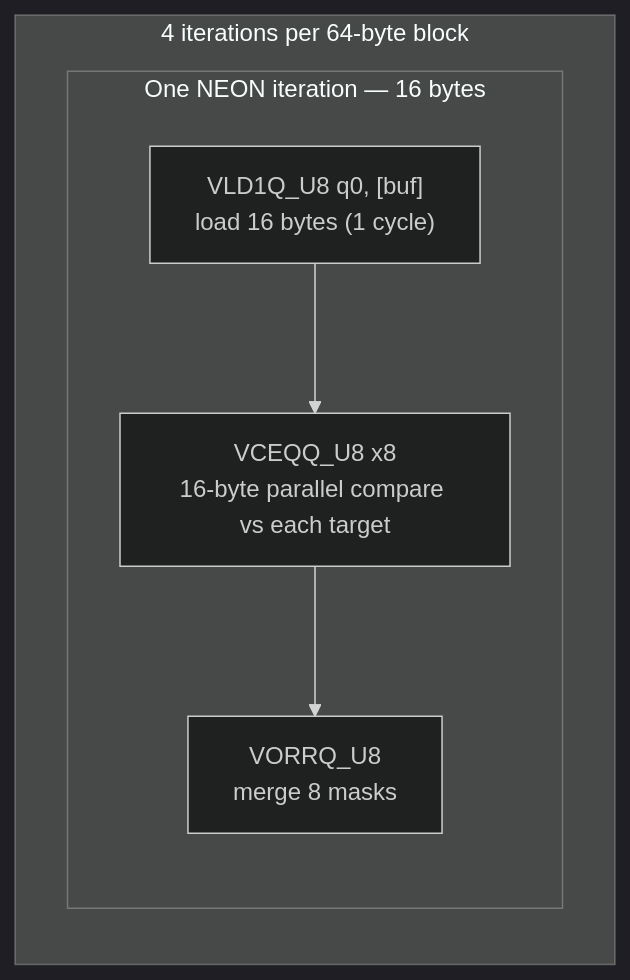
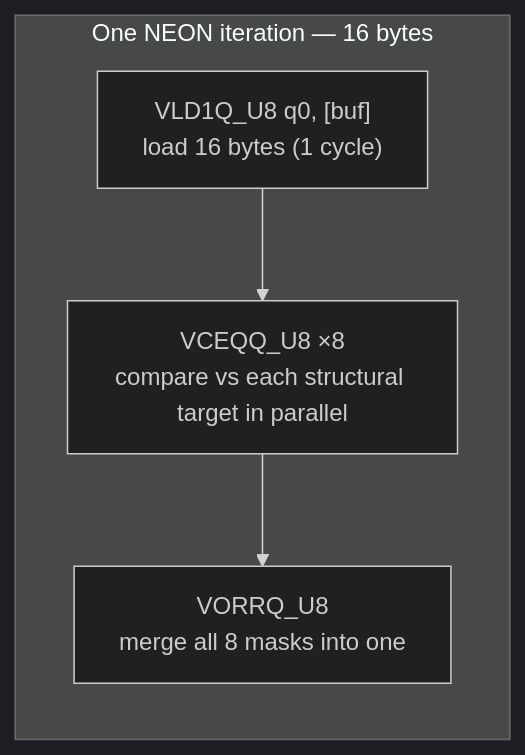
Before and after one commit to the-lkb/beast-json: the sixth of 6 diagrams in docs/theory/simd.md, drawn with Mermaid (dark theme). The commit also changed other lines of this file and 4 other files, not shown here.

````diff
--- a/docs/theory/simd.md
+++ b/docs/theory/simd.md
@@ -210,14 +205,10 @@
 ```mermaid
-flowchart LR
+flowchart TB
     subgraph NEON["One NEON iteration — 16 bytes"]
         direction TB
-        LD["VLD1Q_U8 q0, [buf]\nload 16 bytes (1 cycle)"]
-        CE["VCEQQ_U8 x8\n16-byte parallel compare vs each target"]
-        OR2["VORRQ_U8\nmerge 8 masks"]
+        LD["VLD1Q_U8 q0, [buf]<br/>load 16 bytes (1 cycle)"]
+        CE["VCEQQ_U8 ×8<br/>compare vs each structural target in parallel"]
+        OR2["VORRQ_U8<br/>merge all 8 masks into one"]
         LD --> CE --> OR2
     end
-
-    subgraph ITER["4 iterations per 64-byte block"]
-        NEON
-    end
 ```
````
